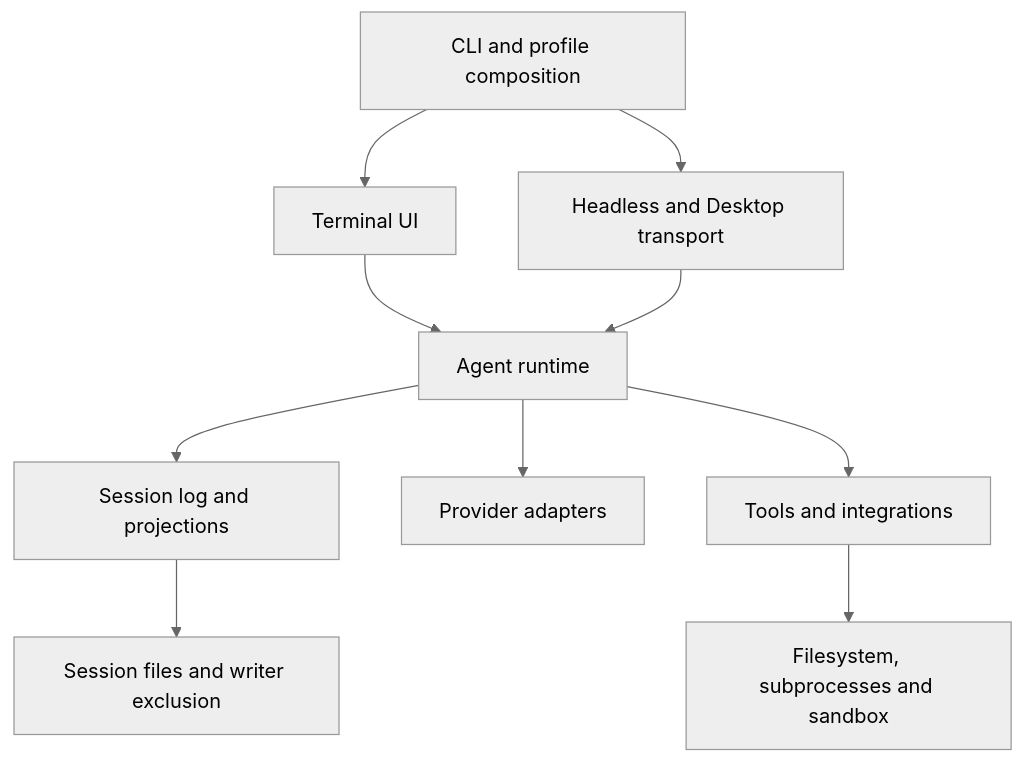
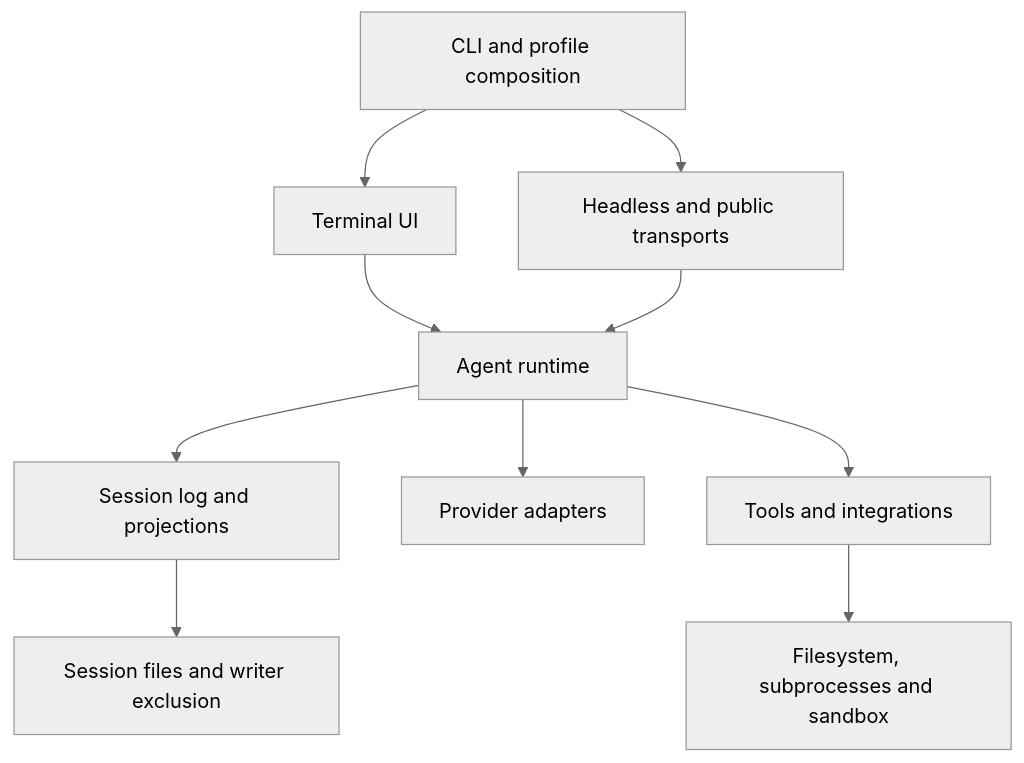
The diagram in docs/roadmap/rust-0.4/README.md (Justar96/bake), drawn with Mermaid (neutral theme) before and after one commit. The commit also changed other lines of this file and 10 other files, not shown here.

````diff
--- a/docs/roadmap/rust-0.4/README.md
+++ b/docs/roadmap/rust-0.4/README.md
@@ -59,12 +60,12 @@
 ```mermaid
 flowchart TD
     CLI[CLI and profile composition] --> TUI[Terminal UI]
-    CLI --> HEAD[Headless and Desktop transport]
+    CLI --> HEAD[Headless and public transports]
     TUI --> RT[Agent runtime]
     HEAD --> RT
     RT --> SESSION[Session log and projections]
     RT --> LLM[Provider adapters]
     RT --> TOOLS[Tools and integrations]
     TOOLS --> HOST[Filesystem, subprocesses and sandbox]
     SESSION --> STORAGE[Session files and writer exclusion]
 ```
````
